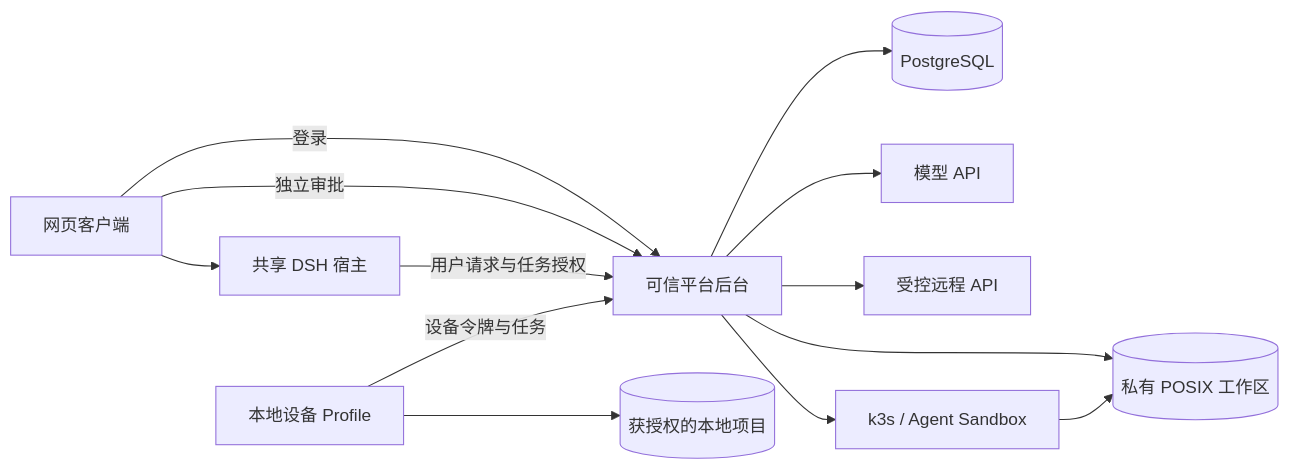
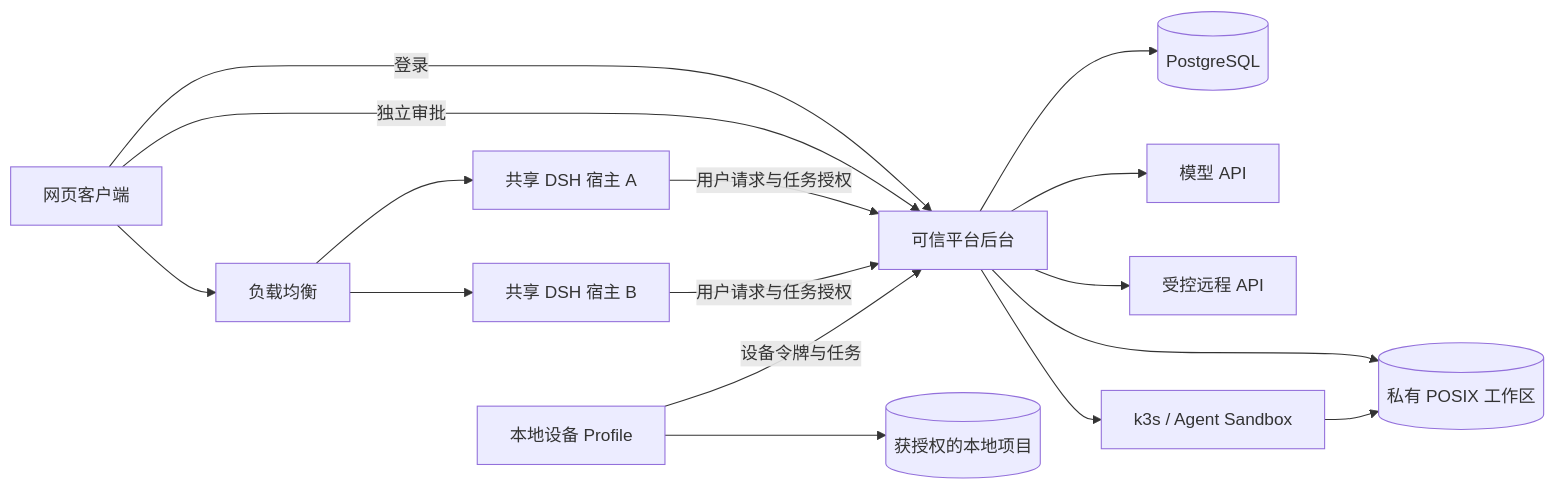
Before and after one commit to naturalnum/deepseek-harness: the diagram in products/power-evolve/README.md, drawn with Mermaid. The commit also changed other lines of this file and 16 other files, not shown here.

````diff
--- a/products/power-evolve/README.md
+++ b/products/power-evolve/README.md
@@ -7,15 +7,18 @@
 ```mermaid
 flowchart LR
-  C[网页客户端] --> H[共享 DSH 宿主]
+  C[网页客户端] --> LB[负载均衡]
+  LB --> H1[共享 DSH 宿主 A]
+  LB --> H2[共享 DSH 宿主 B]
   C -->|登录| P[可信平台后台]
   C -->|独立审批| P
-  H -->|用户请求与任务授权| P
+  H1 -->|用户请求与任务授权| P
+  H2 -->|用户请求与任务授权| P
   P --> DB[(PostgreSQL)]
   P --> FS[(私有 POSIX 工作区)]
   P --> M[模型 API]
   P --> A[受控远程 API]
   P --> K[k3s / Agent Sandbox]
   K --> FS
   D[本地设备 Profile] -->|设备令牌与任务| P
   D --> L[(获授权的本地项目)]
 ```
````
